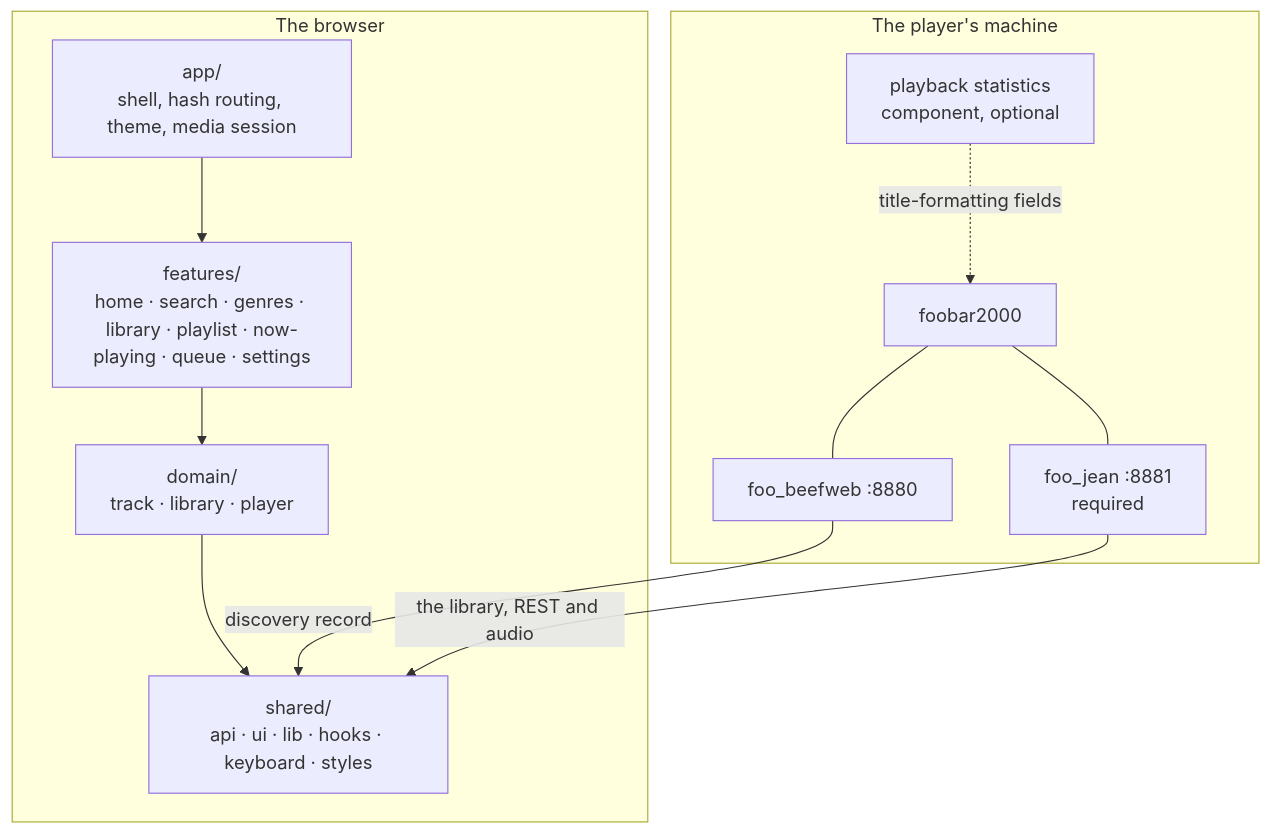
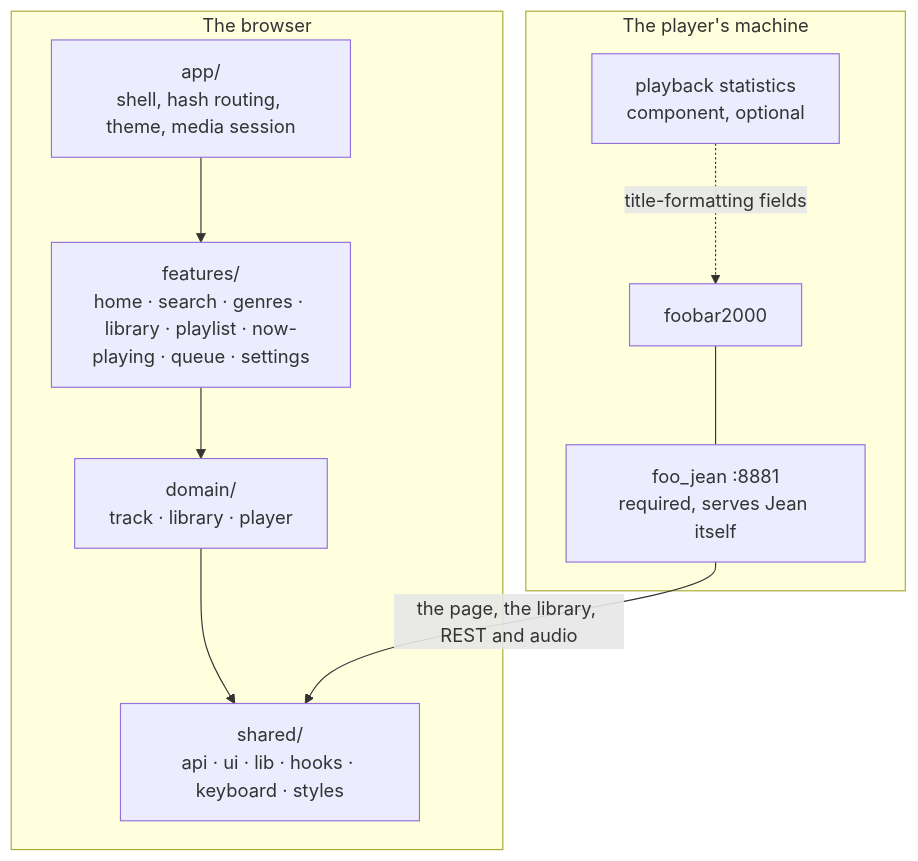
The diagram in ui/ARCHITECTURE.md (enrique-ramirez/jean), drawn with Mermaid before and after one commit. The commit also changed other lines of this file and 19 other files, not shown here.

Commit message:
docs: one origin, foo_jean serves Jean, and beefweb is gone from what Jean needs

````diff
--- a/ui/ARCHITECTURE.md
+++ b/ui/ARCHITECTURE.md
@@ -9,25 +9,22 @@
 ```mermaid
 flowchart TB
   subgraph machine["The player's machine"]
     fb["foobar2000"]
-    bw["foo_beefweb :8880"]
-    fj["foo_jean :8881<br/>required"]
+    fj["foo_jean :8881<br/>required, serves Jean itself"]
     stats["playback statistics<br/>component, optional"]
-    fb --- bw
     fb --- fj
     stats -.->|title-formatting fields| fb
   end
 
   subgraph browser["The browser"]
     app["app/<br/>shell, hash routing, theme, media session"]
     features["features/<br/>home · search · genres · library · playlist · now-playing · queue · settings"]
     domain["domain/<br/>track · library · player"]
     shared["shared/<br/>api · ui · lib · hooks · keyboard · styles"]
     app --> features
     features --> domain
     domain --> shared
   end
 
-  bw -->|"discovery record"| shared
-  fj -->|"the library, REST and audio"| shared
+  fj -->|"the page, the library, REST and audio"| shared
 ```
````
